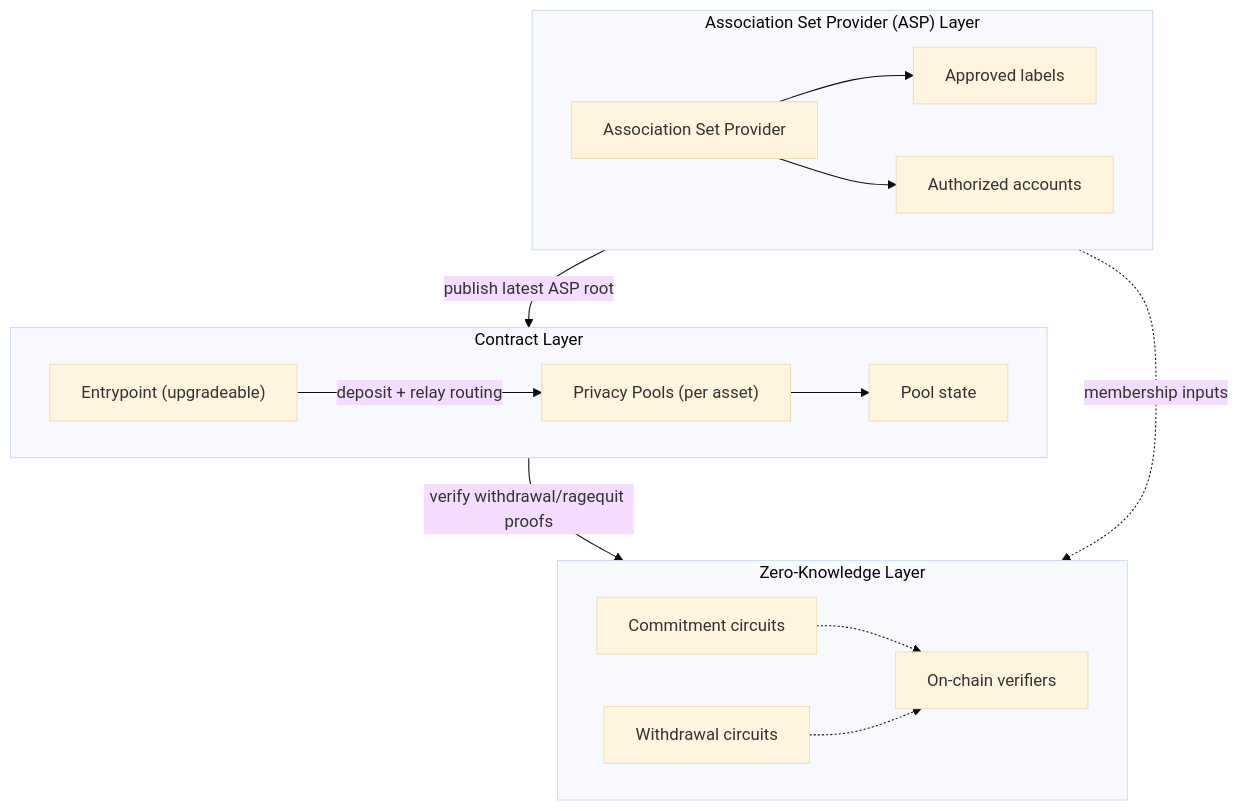
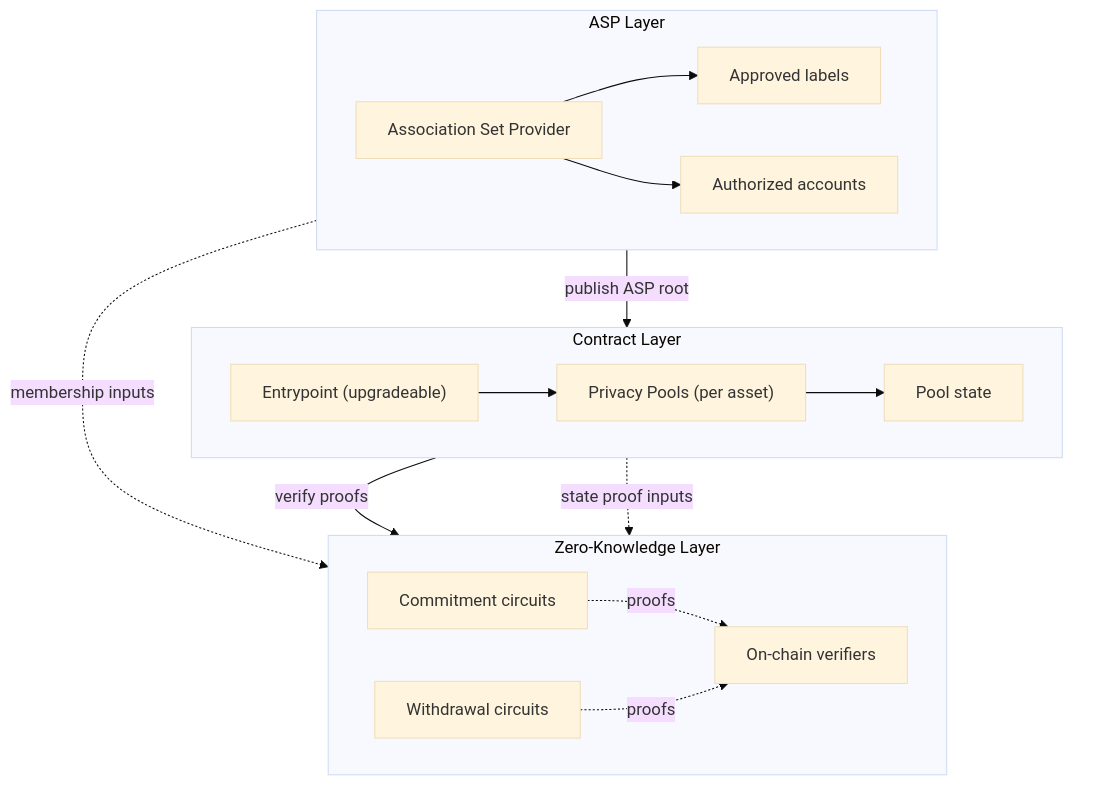
Before and after one commit to 0xbow-io/privacy-pools-core: the diagram in docs/docs/overview/what-is-privacy-pools.md, drawn with Mermaid (base theme). The commit also changed 1 other file, not shown here.

Commit message:
update system architecture diagram

````diff
--- a/docs/docs/overview/what-is-privacy-pools.md
+++ b/docs/docs/overview/what-is-privacy-pools.md
@@ -28,33 +28,38 @@
 ```mermaid
 flowchart TD
-    subgraph A["Association Set Provider (ASP) Layer"]
+    subgraph C["Contract Layer"]
+        direction LR
+        E["Entrypoint (upgradeable)"]
+        PP["Privacy Pools (per asset)"]
+        S["Pool state"]
+        E --> PP
+        PP --> S
+    end
+
+    subgraph Z["Zero-Knowledge Layer"]
+        direction LR
+        CC["Commitment circuits"]
+        WC["Withdrawal circuits"]
+        V["On-chain verifiers"]
+        CC -.->|"proofs"| V
+        WC -.->|"proofs"| V
+    end
+
+    subgraph A["ASP Layer"]
         direction LR
         ASP["Association Set Provider"]
         SET["Approved labels"]
         POST["Authorized accounts"]
         ASP --> SET
         ASP --> POST
     end
 
-    subgraph Z["Zero-Knowledge Layer"]
-        direction LR
-        CC["Commitment circuits"]
-        WC["Withdrawal circuits"]
-        V["On-chain verifiers"]
-        CC -.-> V
-        WC -.-> V
-    end
+    POST -->|"publish ASP root"| E
+    PP -->|"verify proofs"| V
+    SET -.->|"membership inputs"| WC
+    S -.->|"state proof inputs"| WC
 
-    subgraph C["Contract Layer"]
-        direction LR
-        E["Entrypoint (upgradeable)"]
-        PP["Privacy Pools (per asset)"]
-        S["Pool state"]
-        E -->|"deposit + relay routing"| PP
-        PP --> S
-    end
-
-    SET -.->|"membership inputs"| WC
-    POST -->|"publish latest ASP root"| E
-    PP -->|"verify withdrawal/ragequit proofs"| V
+    %% Invisible layout constraints to keep layer order aligned with the list:
+    E ~~~ WC
+    WC ~~~ ASP
 ```
````
